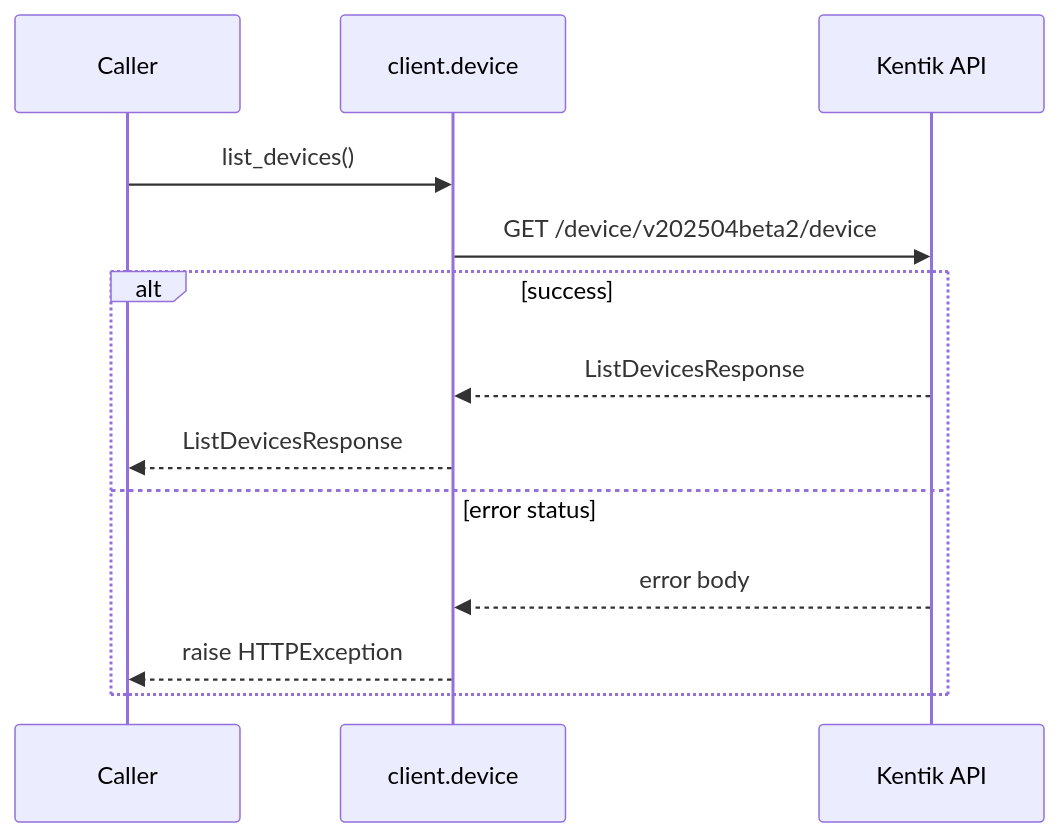
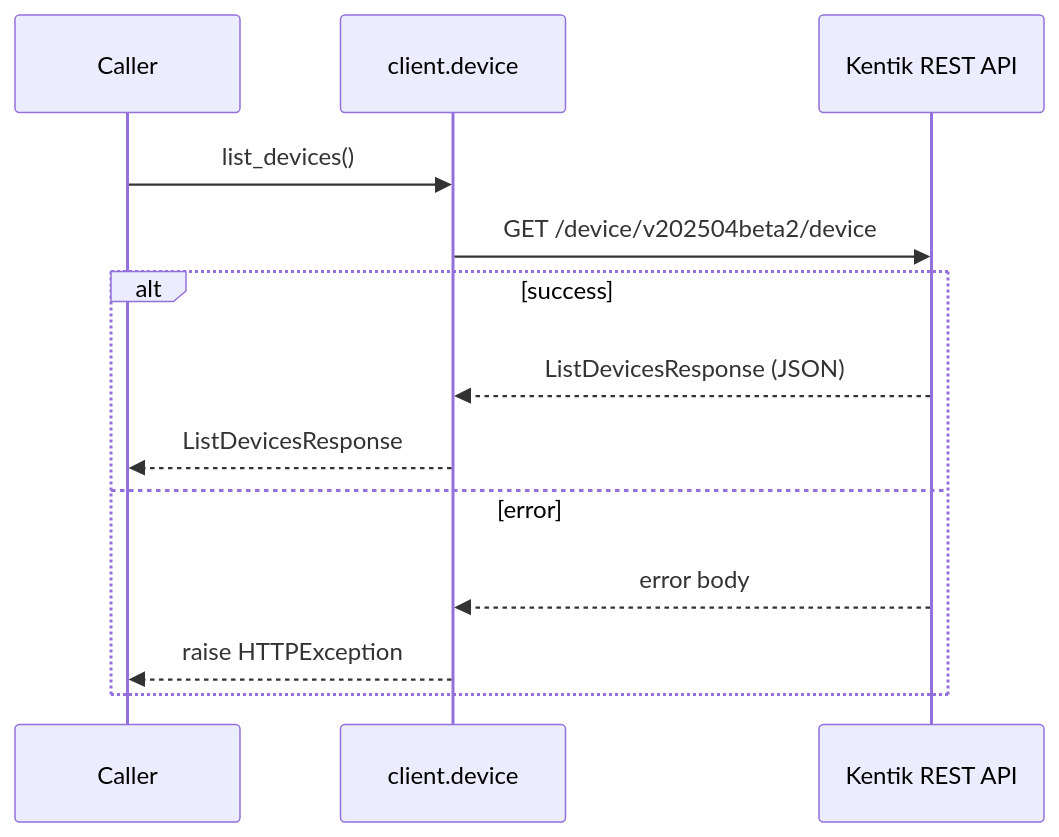
Before and after one commit to alexdearaujo/community_sdk_python: the second of 22 diagrams in docs/sphinx/services/device.md, drawn with Mermaid. The commit also changed other lines of this file and 61 other files, not shown here.

````diff
--- a/docs/sphinx/services/device.md
+++ b/docs/sphinx/services/device.md
@@ -33,16 +35,16 @@
 ```mermaid
 sequenceDiagram
     participant C as Caller
     participant W as client.device
-    participant API as Kentik API
+    participant API as Kentik REST API
 
     C->>W: list_devices()
     W->>API: GET /device/v202504beta2/device
     alt success
-        API-->>W: ListDevicesResponse
+        API-->>W: ListDevicesResponse (JSON)
         W-->>C: ListDevicesResponse
-    else error status
+    else error
         API-->>W: error body
         W-->>C: raise HTTPException
     end
 ```
````
